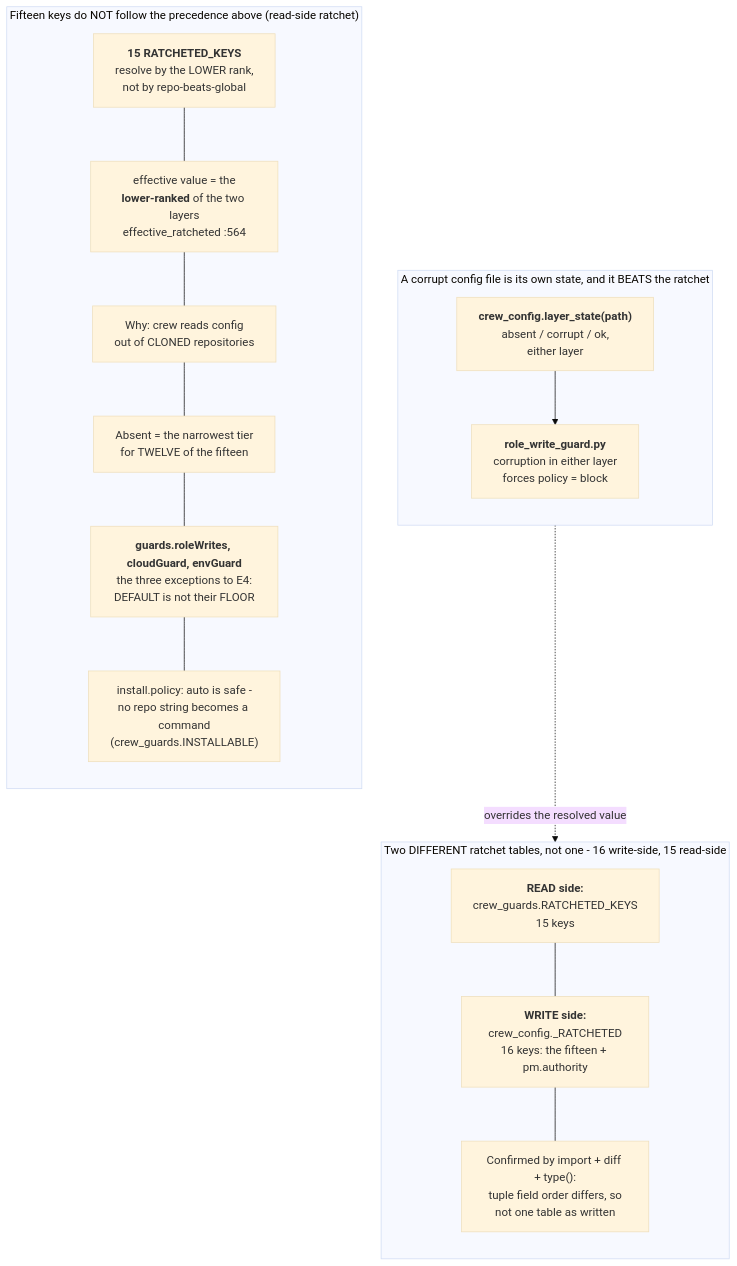
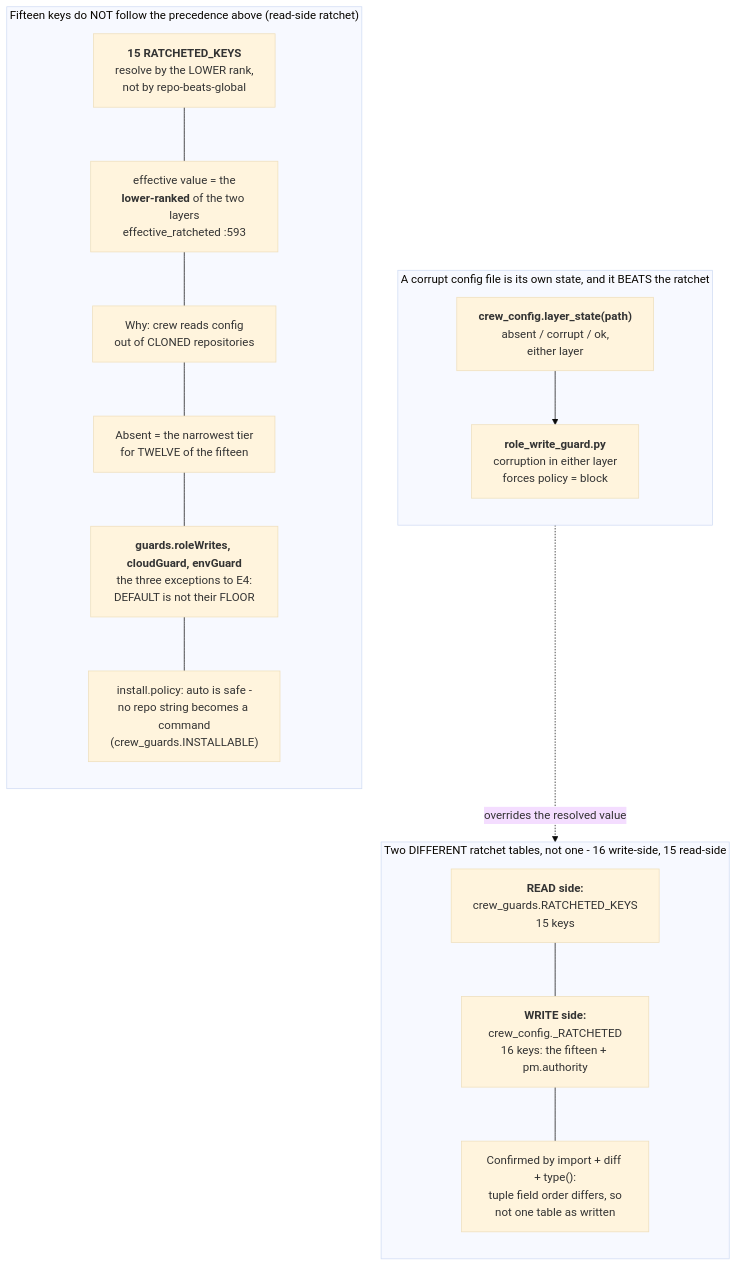
The fifth of 37 diagrams in docs/diagrams/README.md (mbadali25/useful-claude-add-ons), drawn with Mermaid (base theme) before and after one commit. The commit also changed other lines of this file and 9 other files, not shown here.

First line of the commit message:
L-0789: re-anchor data-flow-crew-config and its ratchet part to 987ea4fb - crew 1.2.31

````diff
--- a/docs/diagrams/README.md
+++ b/docs/diagrams/README.md
@@ -240,28 +240,28 @@
 ```mermaid
 flowchart TB
 
     subgraph Ratchet["Two DIFFERENT ratchet tables, not one - 16 write-side, 15 read-side"]
         direction TB
         RG["<b>READ side:</b><br/>crew_guards.RATCHETED_KEYS<br/>15 keys"]
         RC["<b>WRITE side:</b><br/>crew_config._RATCHETED<br/>16 keys: the fifteen + pm.authority"]
         RSHAPE["Confirmed by import + diff + type():<br/>tuple field order differs, so<br/>not one table as written"]
         RG --- RC --- RSHAPE
     end
     subgraph Corrupt["A corrupt config file is its own state, and it BEATS the ratchet"]
         direction TB
         LS["<b>crew_config.layer_state(path)</b><br/>absent / corrupt / ok,<br/>either layer"]
         FORCE["<b>role_write_guard.py</b><br/>corruption in either layer<br/>forces policy = block"]
         LS --> FORCE
     end
     FORCE -.->|"overrides the resolved value"| Ratchet
     subgraph Except["Fifteen keys do NOT follow the precedence above (read-side ratchet)"]
         direction TB
         E1["<b>15 RATCHETED_KEYS</b><br/>resolve by the LOWER rank,<br/>not by repo-beats-global"]
-        E2["effective value = the<br/><b>lower-ranked</b> of the two layers<br/>effective_ratcheted :564"]
+        E2["effective value = the<br/><b>lower-ranked</b> of the two layers<br/>effective_ratcheted :593"]
         E3["Why: crew reads config<br/>out of CLONED repositories"]
         E4["Absent = the narrowest tier<br/>for TWELVE of the fifteen"]
         E5["<b>guards.roleWrites, cloudGuard, envGuard</b><br/>the three exceptions to E4:<br/>DEFAULT is not their FLOOR"]
         E6["install.policy: auto is safe -<br/>no repo string becomes a command<br/>(crew_guards.INSTALLABLE)"]
         E1 --- E2 --- E3 --- E4 --- E5 --- E6
     end
 ```
````
